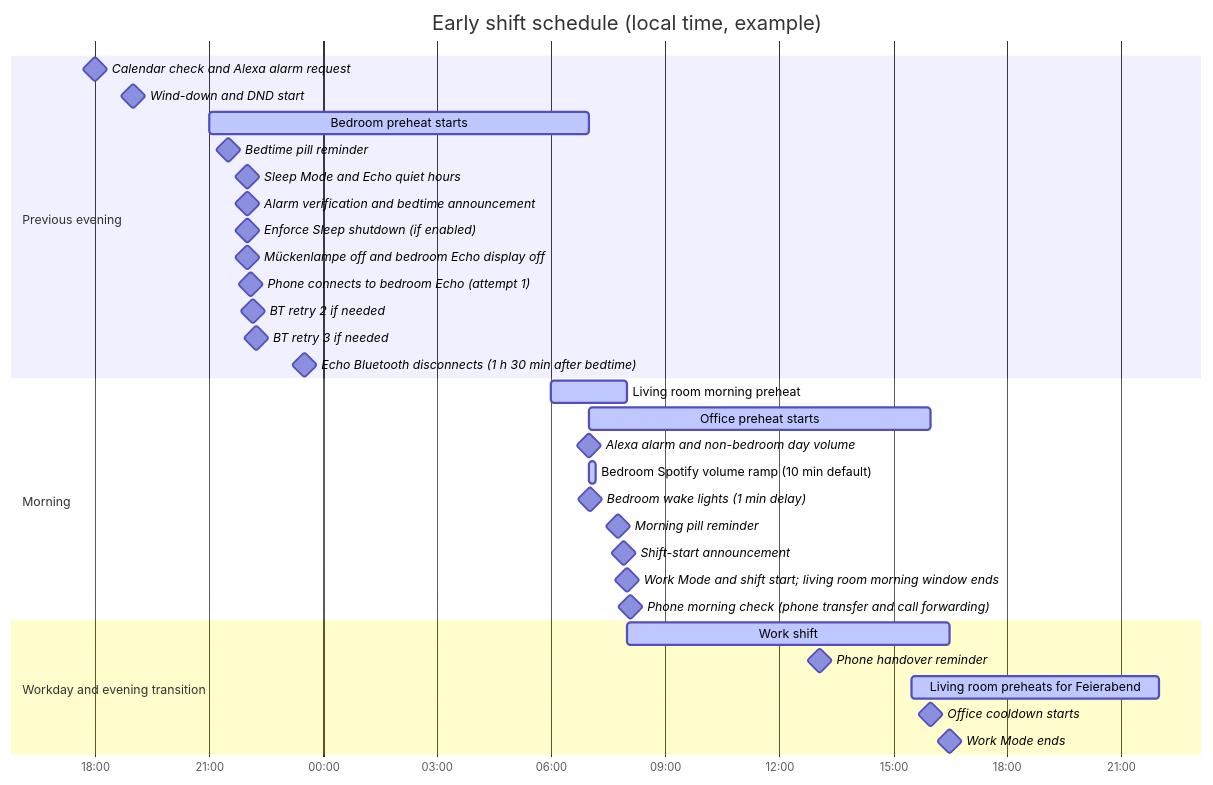
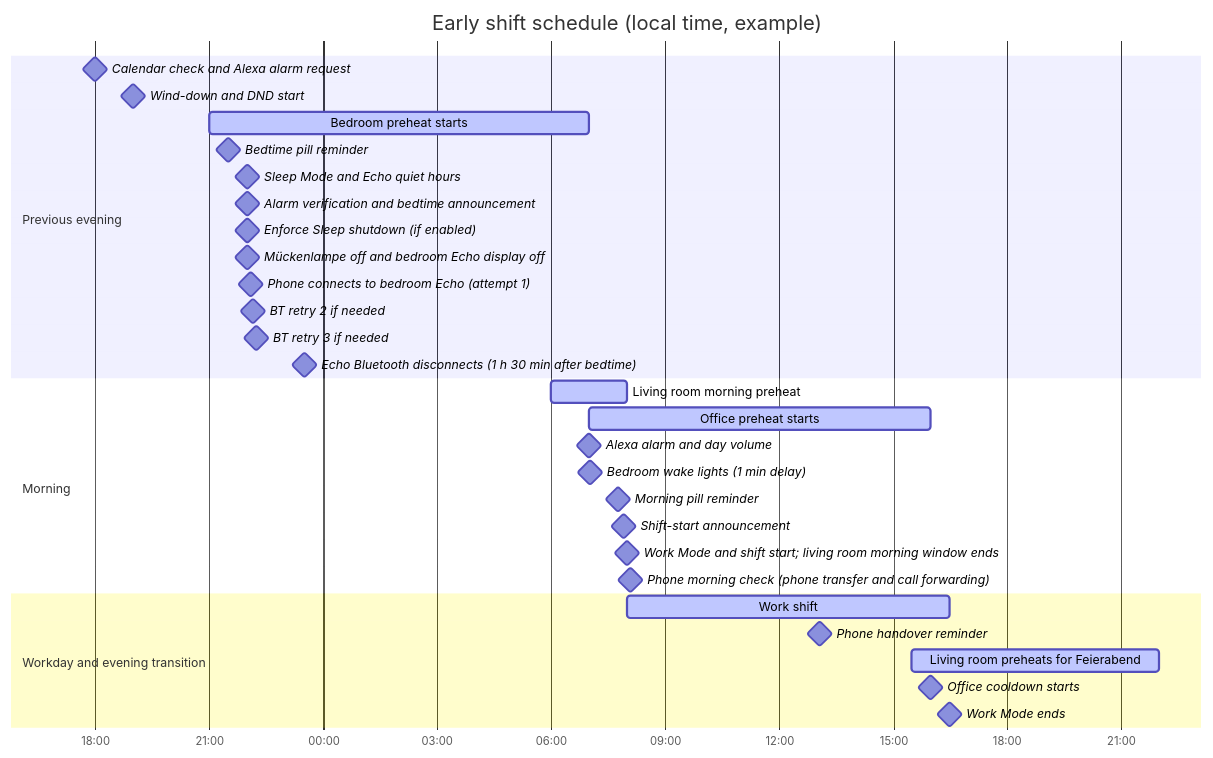
One commit to theniwo/homeassistant changed the third of 3 diagrams in README.md. Above: the diagram before and after it, drawn with Mermaid. The commit also changed other lines of this file and 6 other files, not shown here.

Commit message:
⏪ revert(echo): restore prior alarm volume behavior

````diff
--- a/README.md
+++ b/README.md
@@ -202,35 +196,34 @@
 ```mermaid
 gantt
     title Early shift schedule (local time, example)
     dateFormat YYYY-MM-DD HH:mm
     axisFormat %H:%M
     section Previous evening
     Calendar check and Alexa alarm request :milestone, 2026-10-27 18:00, 0m
     Wind-down and DND start :milestone, 2026-10-27 19:00, 0m
     Bedroom preheat starts :active, 2026-10-27 21:00, 600m
     Bedtime pill reminder :milestone, 2026-10-27 21:30, 0m
     Sleep Mode and Echo quiet hours :milestone, 2026-10-27 22:00, 0m
     Alarm verification and bedtime announcement :milestone, 2026-10-27 22:00, 0m
     Enforce Sleep shutdown (if enabled) :milestone, 2026-10-27 22:00, 0m
     Mückenlampe off and bedroom Echo display off :milestone, 2026-10-27 22:00, 0m
     Phone connects to bedroom Echo (attempt 1) :milestone, 2026-10-27 22:05, 0m
     BT retry 2 if needed :milestone, 2026-10-27 22:10, 0m
     BT retry 3 if needed :milestone, 2026-10-27 22:15, 0m
     Echo Bluetooth disconnects (1 h 30 min after bedtime) :milestone, 2026-10-27 23:30, 0m
     section Morning
     Living room morning preheat :active, 2026-10-28 06:00, 120m
     Office preheat starts :active, 2026-10-28 07:00, 540m
-    Alexa alarm and non-bedroom day volume :milestone, 2026-10-28 07:00, 0m
-    Bedroom Spotify volume ramp (10 min default) :active, 2026-10-28 07:00, 10m
+    Alexa alarm and day volume :milestone, 2026-10-28 07:00, 0m
     Bedroom wake lights (1 min delay) :milestone, 2026-10-28 07:01, 0m
     Morning pill reminder :milestone, 2026-10-28 07:45, 0m
     Shift-start announcement :milestone, 2026-10-28 07:55, 0m
     Work Mode and shift start; living room morning window ends :milestone, 2026-10-28 08:00, 0m
     Phone morning check (phone transfer and call forwarding) :milestone, 2026-10-28 08:05, 0m
     section Workday and evening transition
     Work shift :active, 2026-10-28 08:00, 510m
     Phone handover reminder :milestone, 2026-10-28 13:05, 0m
     Living room preheats for Feierabend :active, 2026-10-28 15:30, 390m
     Office cooldown starts :milestone, 2026-10-28 16:00, 0m
     Work Mode ends :milestone, 2026-10-28 16:30, 0m
 ```
````
